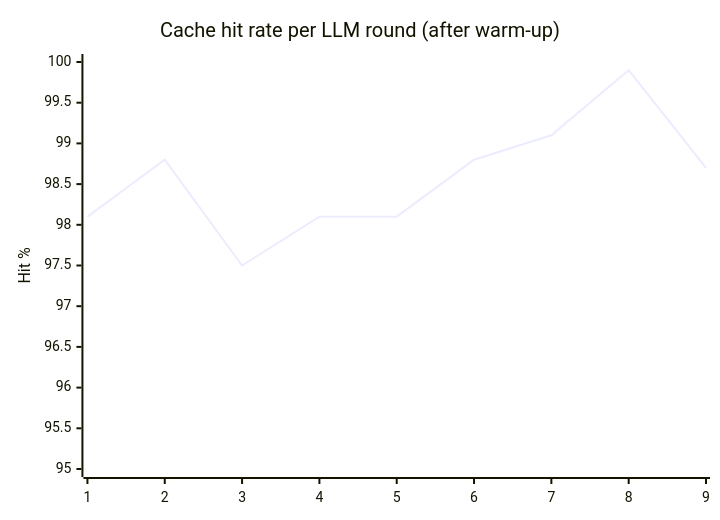
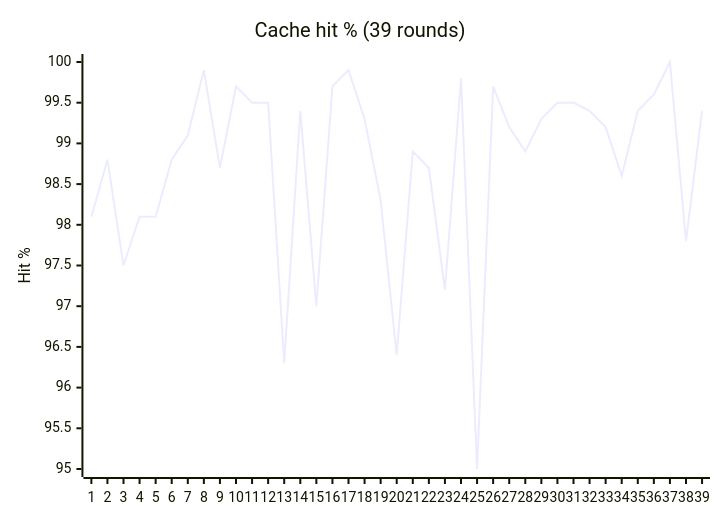
One commit to alvnukov/cozyphi changed the diagram in README.md. Above: the diagram before and after it, drawn with Mermaid. The commit also changed other lines of this file and 1 other file, not shown here.

Commit message:
docs(readme): extend DeepSeek Flash cache hit data to 39 rounds

````diff
--- a/README.md
+++ b/README.md
@@ -159,7 +157,7 @@
 ```mermaid
 xychart-beta
-    title "Cache hit rate per LLM round (after warm-up)"
-    x-axis [1, 2, 3, 4, 5, 6, 7, 8, 9]
+    title "Cache hit % (39 rounds)"
+    x-axis [1, 2, 3, 4, 5, 6, 7, 8, 9, 10, 11, 12, 13, 14, 15, 16, 17, 18, 19, 20, 21, 22, 23, 24, 25, 26, 27, 28, 29, 30, 31, 32, 33, 34, 35, 36, 37, 38, 39]
     y-axis "Hit %" 95 --> 100
-    line [98.1, 98.8, 97.5, 98.1, 98.1, 98.8, 99.1, 99.9, 98.7]
+    line [98.1, 98.8, 97.5, 98.1, 98.1, 98.8, 99.1, 99.9, 98.7, 99.7, 99.5, 99.5, 96.3, 99.4, 97.0, 99.7, 99.9, 99.3, 98.3, 96.4, 98.9, 98.7, 97.2, 99.8, 95.0, 99.7, 99.2, 98.9, 99.3, 99.5, 99.5, 99.4, 99.2, 98.6, 99.4, 99.6, 100.0, 97.8, 99.4]
 ```
````
